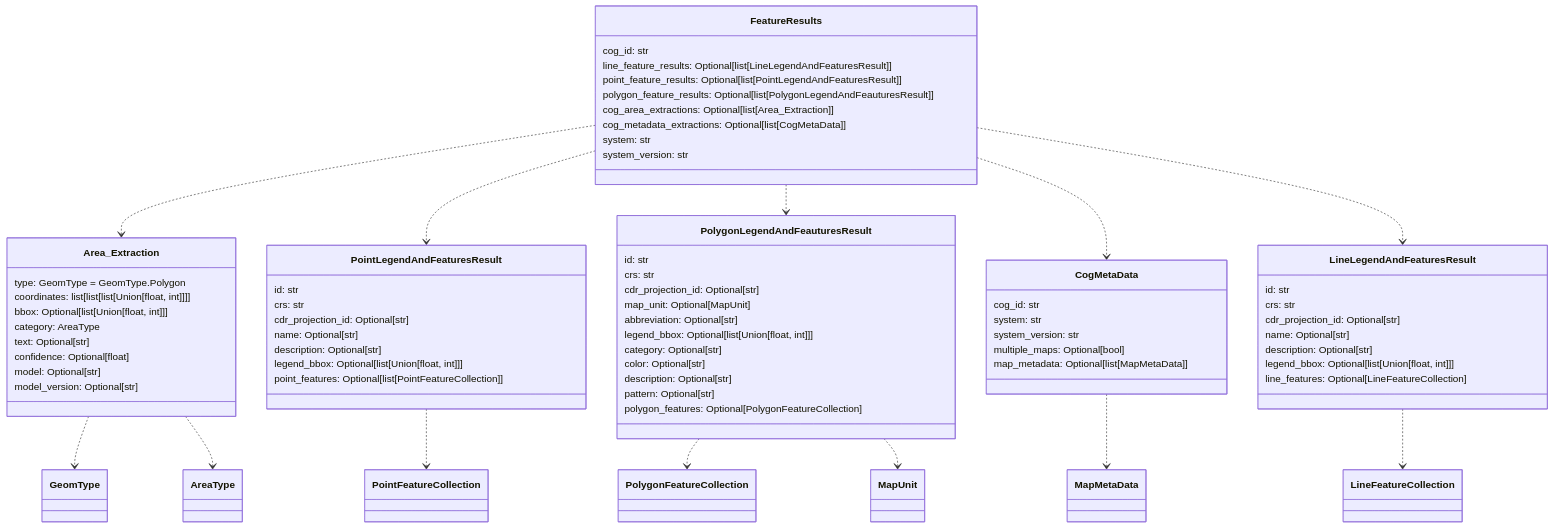
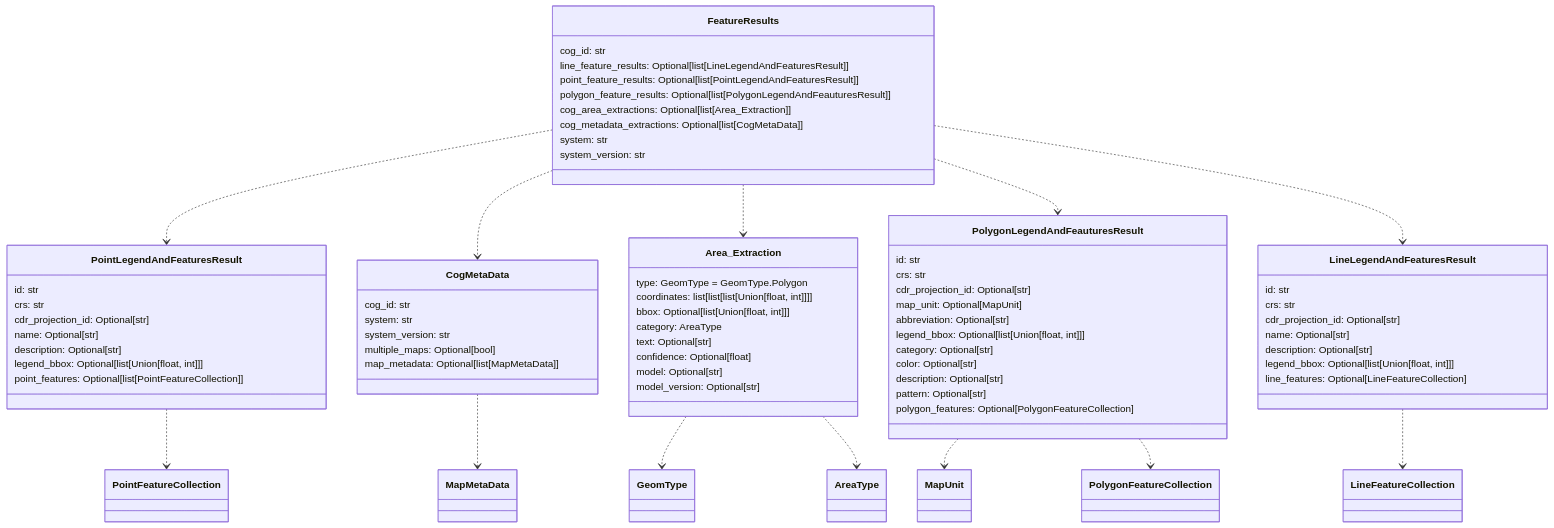
Before and after one commit to DARPA-CRITICALMAAS/cdr_schemas: the third of 11 diagrams in README.md, drawn with Mermaid. The commit also changed other lines of this file and 1 other file, not shown here.

````diff
--- a/README.md
+++ b/README.md
@@ -188,82 +188,82 @@
 ```mermaid
 classDiagram
-
-    class Area_Extraction {
-        type: GeomType = GeomType.Polygon
-        coordinates: list[list[list[Union[float, int]]]]
-        bbox: Optional[list[Union[float, int]]]
-        category: AreaType
-        text: Optional[str]
-        confidence: Optional[float]
-        model: Optional[str]
-        model_version: Optional[str]
-    }
 
     class PointLegendAndFeaturesResult {
         id: str
         crs: str
         cdr_projection_id: Optional[str]
         name: Optional[str]
         description: Optional[str]
         legend_bbox: Optional[list[Union[float, int]]]
         point_features: Optional[list[PointFeatureCollection]]
     }
 
     class FeatureResults {
         cog_id: str
         line_feature_results: Optional[list[LineLegendAndFeaturesResult]]
         point_feature_results: Optional[list[PointLegendAndFeaturesResult]]
         polygon_feature_results: Optional[list[PolygonLegendAndFeauturesResult]]
         cog_area_extractions: Optional[list[Area_Extraction]]
         cog_metadata_extractions: Optional[list[CogMetaData]]
         system: str
         system_version: str
     }
 
+    class CogMetaData {
+        cog_id: str
+        system: str
+        system_version: str
+        multiple_maps: Optional[bool]
+        map_metadata: Optional[list[MapMetaData]]
+    }
+
+    class Area_Extraction {
+        type: GeomType = GeomType.Polygon
+        coordinates: list[list[list[Union[float, int]]]]
+        bbox: Optional[list[Union[float, int]]]
+        category: AreaType
+        text: Optional[str]
+        confidence: Optional[float]
+        model: Optional[str]
+        model_version: Optional[str]
+    }
+
     class PolygonLegendAndFeauturesResult {
         id: str
         crs: str
         cdr_projection_id: Optional[str]
         map_unit: Optional[MapUnit]
         abbreviation: Optional[str]
         legend_bbox: Optional[list[Union[float, int]]]
         category: Optional[str]
         color: Optional[str]
         description: Optional[str]
         pattern: Optional[str]
         polygon_features: Optional[PolygonFeatureCollection]
-    }
-
-    class CogMetaData {
-        cog_id: str
-        system: str
-        system_version: str
-        multiple_maps: Optional[bool]
-        map_metadata: Optional[list[MapMetaData]]
     }
 
     class LineLegendAndFeaturesResult {
         id: str
         crs: str
         cdr_projection_id: Optional[str]
         name: Optional[str]
         description: Optional[str]
         legend_bbox: Optional[list[Union[float, int]]]
         line_features: Optional[LineFeatureCollection]
     }
 
     Area_Extraction ..> GeomType
     Area_Extraction ..> AreaType
     LineLegendAndFeaturesResult ..> LineFeatureCollection
     PointLegendAndFeaturesResult ..> PointFeatureCollection
+    PolygonLegendAndFeauturesResult ..> MapUnit
     PolygonLegendAndFeauturesResult ..> PolygonFeatureCollection
-    PolygonLegendAndFeauturesResult ..> MapUnit
     CogMetaData ..> MapMetaData
+    FeatureResults ..> PointLegendAndFeaturesResult
+    FeatureResults ..> CogMetaData
     FeatureResults ..> Area_Extraction
-    FeatureResults ..> PointLegendAndFeaturesResult
     FeatureResults ..> PolygonLegendAndFeauturesResult
-    FeatureResults ..> CogMetaData
     FeatureResults ..> LineLegendAndFeaturesResult
 
 
 ```
````
